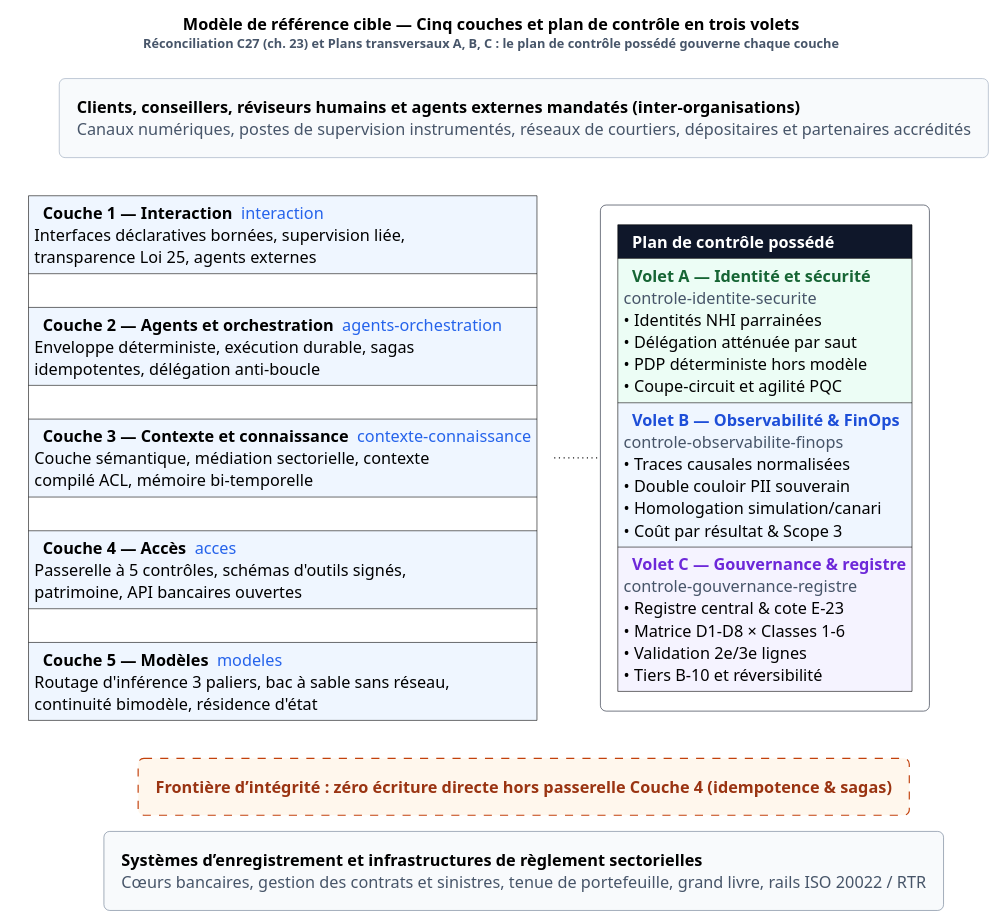
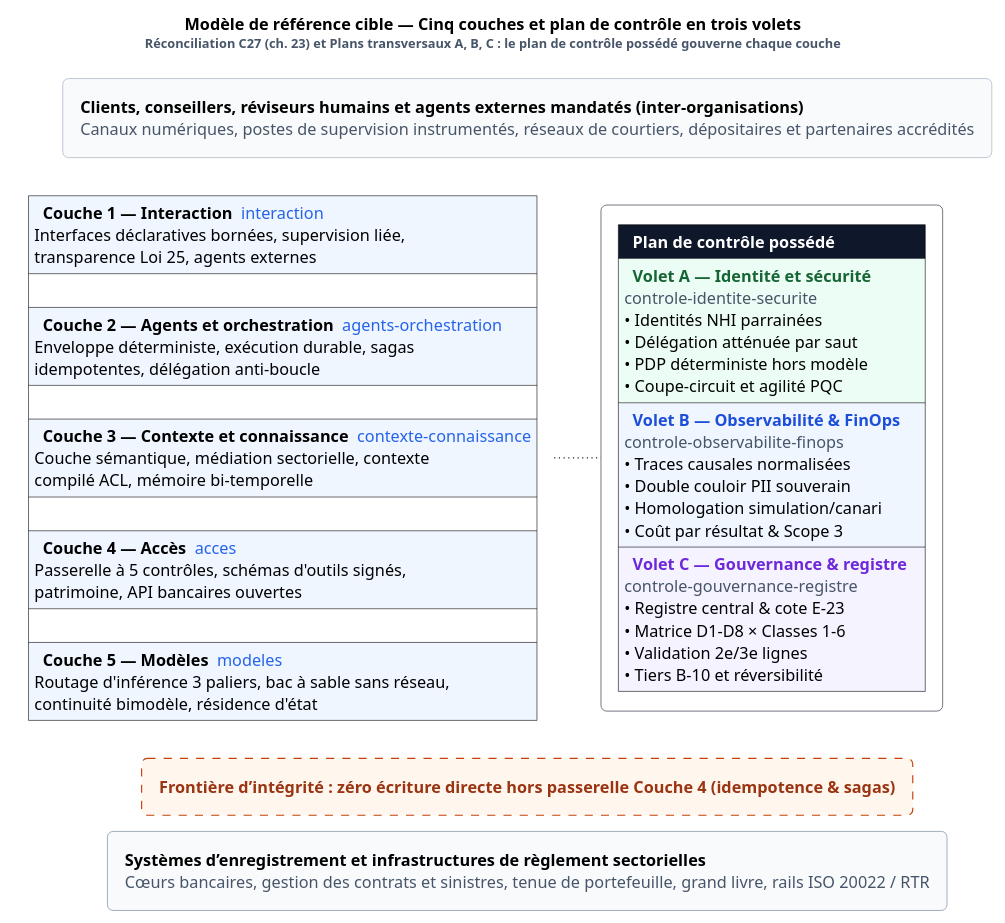
One commit to agbruneau/Agentique changed the diagram in 4 - Plan Directeur/Diagrammes/Fig-02 - Modèle de référence à cinq couches et plan de contrôle à trois volets.puml. Above: the diagram before and after it, drawn with PlantUML. The commit also changed 270 other files, not shown here.

First line of the commit message:
Audit approfondi et corrections finales Markdown et diagrammes des 6 ouvrages

```diff
--- a/4 - Plan Directeur/Diagrammes/Fig-02 - Modèle de référence à cinq couches et plan de contrôle à trois volets.puml
+++ b/4 - Plan Directeur/Diagrammes/Fig-02 - Modèle de référence à cinq couches et plan de contrôle à trois volets.puml
@@ -3,50 +3,50 @@
 @startuml
 top to bottom direction
 skinparam shadowing false
 skinparam roundcorner 10
 skinparam defaultFontName SansSerif
 skinparam Padding 5
 skinparam linetype ortho
 skinparam nodesep 40
 skinparam ranksep 14
 
 title
 <b>Modèle de référence cible — Cinq couches et plan de contrôle en trois volets</b>
 <size:11><color:#475569>Réconciliation C27 (ch. 23) et Plans transversaux A, B, C : le plan de contrôle possédé gouverne chaque couche</color></size>
 end title
 
 rectangle "<b>Clients, conseillers, réviseurs humains et agents externes mandatés (inter-organisations)</b>\n<color:#475569>Canaux numériques, postes de supervision instrumentés, réseaux de courtiers, dépositaires et partenaires accrédités</color>" as Actors #F8FAFC;line:94A3B8
 
 together {
     rectangle Layers #FFFFFF;line:FFFFFF [
     |<#EFF6FF>  <b>Couche 1 — Interaction</b>  <color:#2563EB>interaction</color>\nInterfaces déclaratives bornées, supervision liée,\ntransparence Loi 25, agents externes  |
     |<#FFFFFF> |
     |<#EFF6FF>  <b>Couche 2 — Agents et orchestration</b>  <color:#2563EB>agents-orchestration</color>\nEnveloppe déterministe, exécution durable, sagas\nidempotentes, délégation anti-boucle  |
     |<#FFFFFF> |
     |<#EFF6FF>  <b>Couche 3 — Contexte et connaissance</b>  <color:#2563EB>contexte-connaissance</color>\nCouche sémantique, médiation sectorielle, contexte\ncompilé ACL, mémoire bi-temporelle  |
     |<#FFFFFF> |
     |<#EFF6FF>  <b>Couche 4 — Accès</b>  <color:#2563EB>acces</color>\nPasserelle à 5 contrôles, schémas d'outils signés,\npatrimoine, API bancaires ouvertes  |
     |<#FFFFFF> |
     |<#EFF6FF>  <b>Couche 5 — Modèles</b>  <color:#2563EB>modeles</color>\nRoutage d'inférence 3 paliers, bac à sable sans réseau,\ncontinuité bimodèle, résidence d'état  |
     ]
 
     rectangle ControlPlane #FFFFFF;line:0F172A [
-    |<#0F172A>  <color:white><b>Plan de contrôle possédé</b></color>  |
-    |<#ECFDF5>  <color:#166534><b>Volet A — Identité et sécurité</b></color>\n<color:#475569>controle-identite-securite</color>\n• Identités NHI parrainées\n• Délégation atténuée par saut\n• PDP déterministe hors modèle\n• Coupe-circuit et agilité PQC  |
-    |<#EFF6FF>  <color:#1D4ED8><b>Volet B — Observabilité & FinOps</b></color>\n<color:#475569>controle-observabilite-finops</color>\n• Traces causales normalisées\n• Double couloir PII souverain\n• Homologation simulation/canari\n• Coût par résultat & Scope 3  |
-    |<#F5F3FF>  <color:#6D28D9><b>Volet C — Gouvernance & registre</b></color>\n<color:#475569>controle-gouvernance-registre</color>\n• Registre central & cote E-23\n• Matrice D1–D8 × Classes 1–6\n• Validation 2e/3e lignes\n• Tiers B-10 et réversibilité  |
+    |<#0F172A>  <color:white><b>Plan de contrôle possédé</b></color>      |
+    |<#ECFDF5>  <color:#166534><b>Volet A — Identité et sécurité</b></color>   \n<color:#475569>controle-identite-securite</color>\n• Identités NHI parrainées\n• Délégation atténuée par saut\n• PDP déterministe hors modèle\n• Coupe-circuit et agilité PQC   |
+    |<#EFF6FF>  <color:#1D4ED8><b>Volet B — Observabilité & FinOps</b></color>   \n<color:#475569>controle-observabilite-finops</color>\n• Traces causales normalisées\n• Double couloir PII souverain\n• Homologation simulation/canari\n• Coût par résultat & Scope 3   |
+    |<#F5F3FF>  <color:#6D28D9><b>Volet C — Gouvernance & registre</b></color>   \n<color:#475569>controle-gouvernance-registre</color>\n• Registre central & cote E-23\n• Matrice D1–D8 × Classes 1–6\n• Validation 2e/3e lignes\n• Tiers B-10 et réversibilité   |
     ]
 }
 
 rectangle "<color:#9A3412><b>Frontière d’intégrité : zéro écriture directe hors passerelle Couche 4 (idempotence & sagas)</b></color>" as Boundary #FFF7ED;line:C2410C;line.dashed
 
 rectangle "<b>Systèmes d’enregistrement et infrastructures de règlement sectorielles</b>\n<color:#475569>Cœurs bancaires, gestion des contrats et sinistres, tenue de portefeuille, grand livre, rails ISO 20022 / RTR</color>" as Systems #F8FAFC;line:64748B
 
 Actors -[hidden]down-> Layers
 Actors -[hidden]down-> ControlPlane
 Layers -[dotted]right- ControlPlane
 Layers -[hidden]down-> Boundary
 ControlPlane -[hidden]down-> Boundary
 Boundary -[hidden]down-> Systems
 
 @enduml
```
